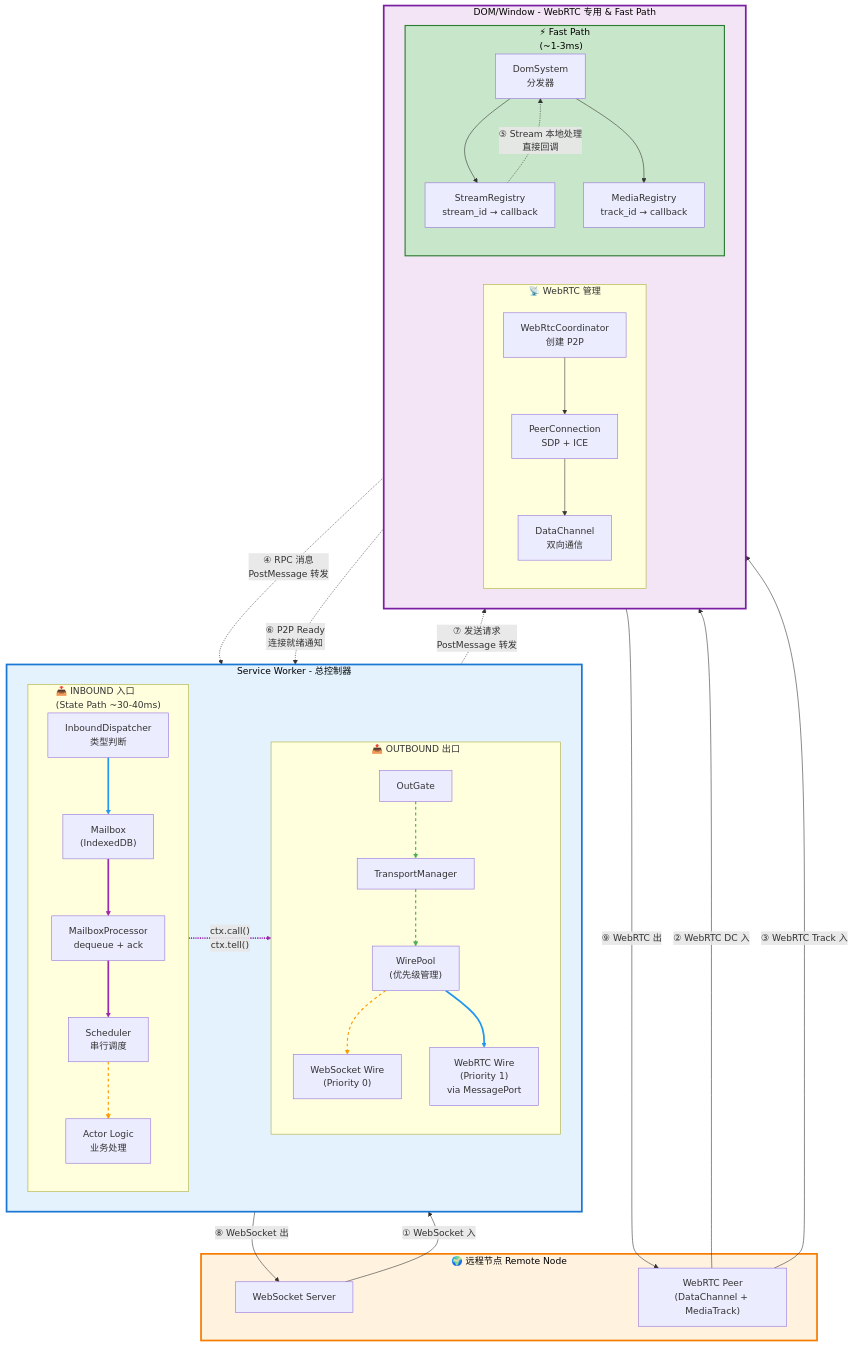
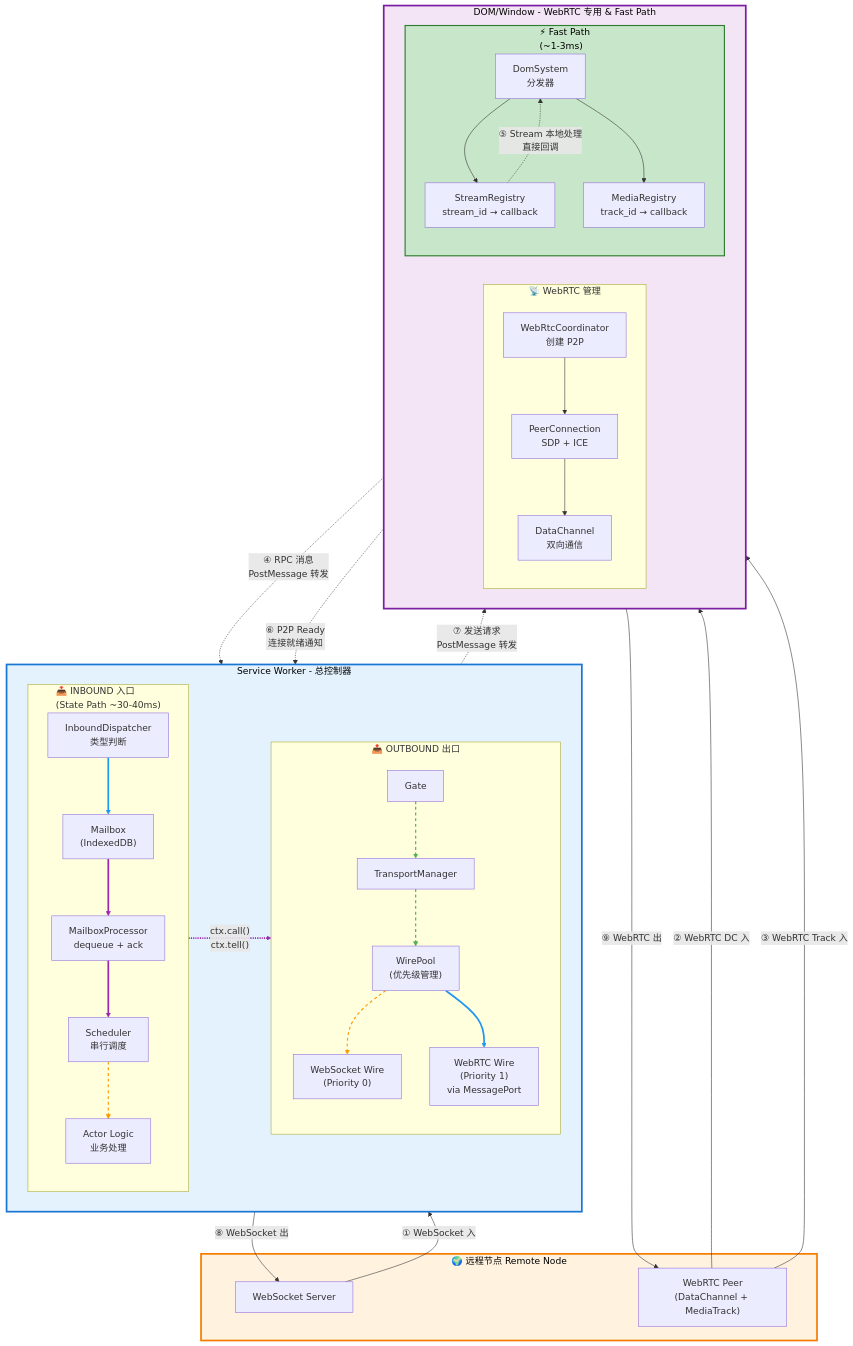
The diagram in bindings/web/docs/architecture/overview.md (Actrium/actr), drawn with Mermaid before and after one commit. The commit also changed other lines of this file and 77 other files, not shown here.

```diff
--- a/bindings/web/docs/architecture/overview.md
+++ b/bindings/web/docs/architecture/overview.md
@@ -36,7 +36,7 @@
 
         subgraph SW_OUT["📤 OUTBOUND 出口"]
             direction TB
-            OUT1["OutGate"]
+            OUT1["Gate"]
             OUT2["TransportManager"]
             OUT3["WirePool<br/>(优先级管理)"]
             OUT4A["WebSocket Wire<br/>(Priority 0)"]
```
